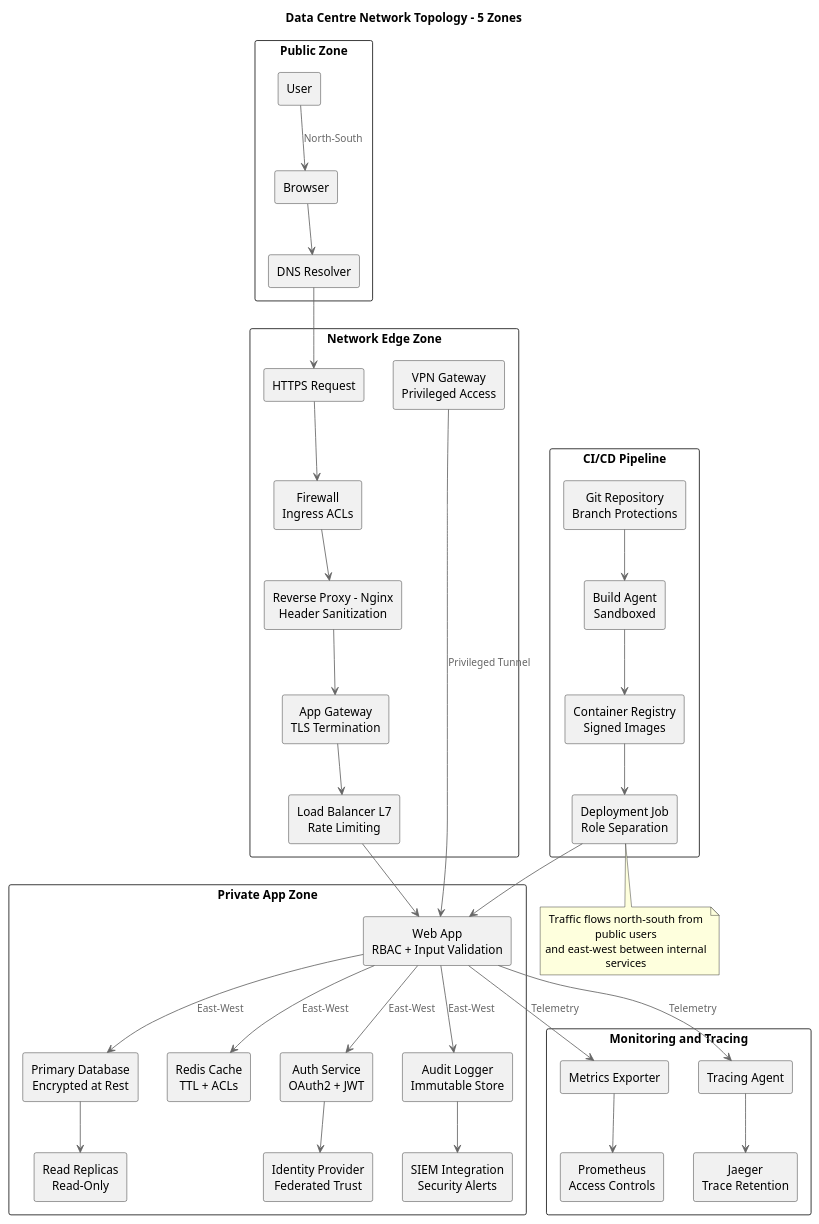
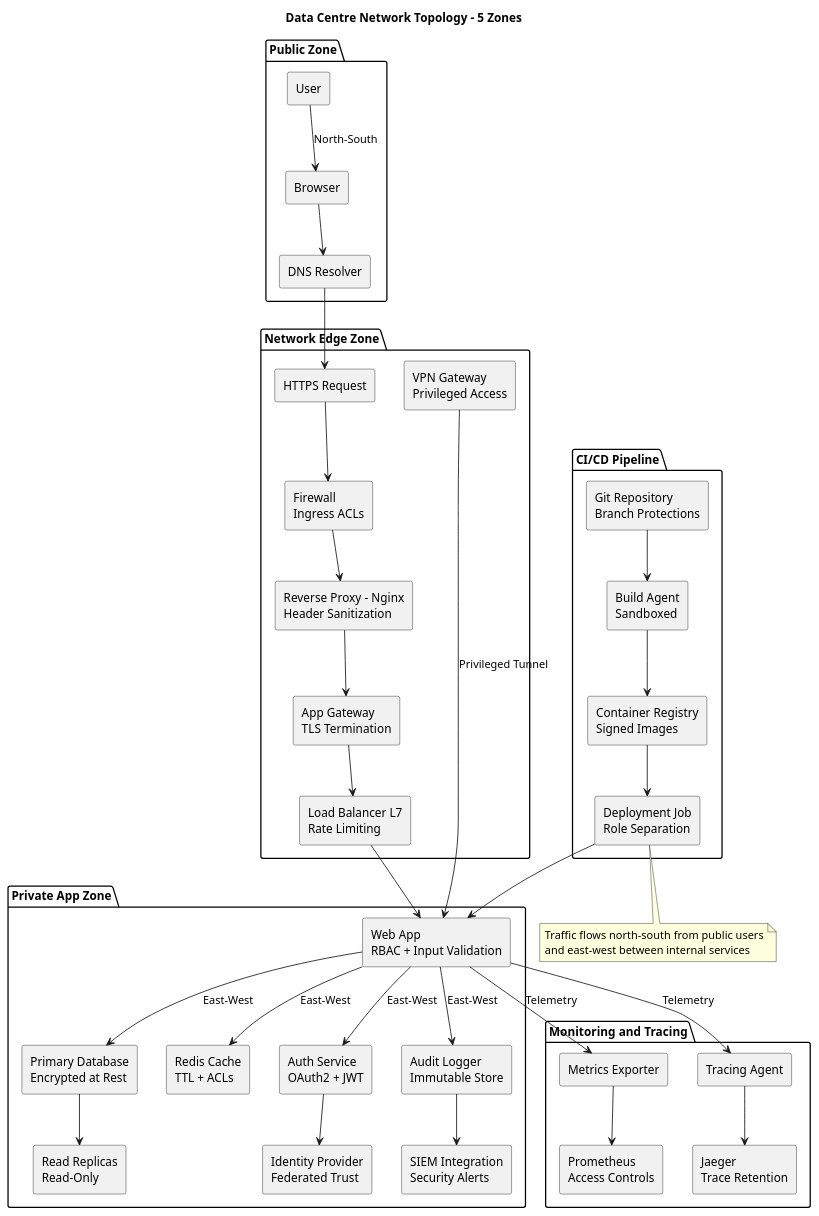
One commit to cassmastern/lers-sandbox changed the fourth of 4 diagrams in docs/sec__sandbox/dia-plantuml.md. Above: the diagram before and after it, drawn with PlantUML.

Commit message:
removed problematic include statement from plantUML diagram

````diff
--- a/docs/sec__sandbox/dia-plantuml.md
+++ b/docs/sec__sandbox/dia-plantuml.md
@@ -82,84 +82,82 @@
 ```puml
-    @startuml
-    !include <C4/C4_Container>
+@startuml
+title Data Centre Network Topology - 5 Zones
 
-    title Data Centre Network Topology - 5 Zones
+package "Public Zone" {
+  rectangle "User" as A
+  rectangle "Browser" as B
+  rectangle "DNS Resolver" as C
+}
 
-    rectangle "Public Zone" {
-    rectangle "User" as A
-    rectangle "Browser" as B  
-    rectangle "DNS Resolver" as C
-    }
+package "Network Edge Zone" {
+  rectangle "HTTPS Request" as D
+  rectangle "Firewall\nIngress ACLs" as E
+  rectangle "Reverse Proxy - Nginx\nHeader Sanitization" as F
+  rectangle "App Gateway\nTLS Termination" as G
+  rectangle "Load Balancer L7\nRate Limiting" as LB
+  rectangle "VPN Gateway\nPrivileged Access" as VPN
+}
 
-    rectangle "Network Edge Zone" {
-    rectangle "HTTPS Request" as D
-    rectangle "Firewall\nIngress ACLs" as E
-    rectangle "Reverse Proxy - Nginx\nHeader Sanitization" as F
-    rectangle "App Gateway\nTLS Termination" as G
-    rectangle "Load Balancer L7\nRate Limiting" as LB
-    rectangle "VPN Gateway\nPrivileged Access" as VPN
-    }
+package "Private App Zone" {
+  rectangle "Web App\nRBAC + Input Validation" as WA
+  rectangle "Primary Database\nEncrypted at Rest" as DB
+  rectangle "Redis Cache\nTTL + ACLs" as Cache
+  rectangle "Auth Service\nOAuth2 + JWT" as Auth
+  rectangle "Audit Logger\nImmutable Store" as Audit
+  rectangle "Read Replicas\nRead-Only" as Replicas
+  rectangle "Identity Provider\nFederated Trust" as IdP
+  rectangle "SIEM Integration\nSecurity Alerts" as SIEM
+}
 
-    rectangle "Private App Zone" {
-    rectangle "Web App\nRBAC + Input Validation" as WA
-    rectangle "Primary Database\nEncrypted at Rest" as DB
-    rectangle "Redis Cache\nTTL + ACLs" as Cache
-    rectangle "Auth Service\nOAuth2 + JWT" as Auth
-    rectangle "Audit Logger\nImmutable Store" as Audit
-    rectangle "Read Replicas\nRead-Only" as Replicas
-    rectangle "Identity Provider\nFederated Trust" as IdP
-    rectangle "SIEM Integration\nSecurity Alerts" as SIEM
-    }
+package "Monitoring and Tracing" {
+  rectangle "Metrics Exporter" as Metrics
+  rectangle "Tracing Agent" as Traces
+  rectangle "Prometheus\nAccess Controls" as Prometheus
+  rectangle "Jaeger\nTrace Retention" as Jaeger
+}
 
-    rectangle "Monitoring and Tracing" {
-    rectangle "Metrics Exporter" as Metrics
-    rectangle "Tracing Agent" as Traces
-    rectangle "Prometheus\nAccess Controls" as Prometheus
-    rectangle "Jaeger\nTrace Retention" as Jaeger
-    }
+package "CI/CD Pipeline" {
+  rectangle "Git Repository\nBranch Protections" as Git
+  rectangle "Build Agent\nSandboxed" as Runner
+  rectangle "Container Registry\nSigned Images" as Registry
+  rectangle "Deployment Job\nRole Separation" as Deploy
+}
 
-    rectangle "CI/CD Pipeline" {
-    rectangle "Git Repository\nBranch Protections" as Git
-    rectangle "Build Agent\nSandboxed" as Runner
-    rectangle "Container Registry\nSigned Images" as Registry
-    rectangle "Deployment Job\nRole Separation" as Deploy
-    }
+' North-South Traffic Flow
+A --> B : North-South
+B --> C
+C --> D
+D --> E
+E --> F
+F --> G
+G --> LB
+LB --> WA
 
-    ' North-South Traffic Flow
-    A --> B : North-South
-    B --> C
-    C --> D
-    D --> E
-    E --> F
-    F --> G
-    G --> LB
-    LB --> WA
+' Privileged Access
+VPN --> WA : Privileged Tunnel
 
-    ' Privileged Access
-    VPN --> WA : Privileged Tunnel
+' East-West Traffic Flow
+WA --> DB : East-West
+DB --> Replicas
+WA --> Cache : East-West
+WA --> Auth : East-West
+Auth --> IdP
+WA --> Audit : East-West
+Audit --> SIEM
 
-    ' East-West Traffic Flow
-    WA --> DB : East-West
-    DB --> Replicas
-    WA --> Cache : East-West
-    WA --> Auth : East-West
-    Auth --> IdP
-    WA --> Audit : East-West
-    Audit --> SIEM
+' Telemetry
+WA --> Metrics : Telemetry
+Metrics --> Prometheus
+WA --> Traces : Telemetry
+Traces --> Jaeger
 
-    ' Telemetry
-    WA --> Metrics : Telemetry
-    Metrics --> Prometheus
-    WA --> Traces : Telemetry
-    Traces --> Jaeger
+' CI/CD Integration
+Git --> Runner
+Runner --> Registry
+Registry --> Deploy
+Deploy --> WA
 
-    ' CI/CD Integration
-    Git --> Runner
-    Runner --> Registry
-    Registry --> Deploy
-    Deploy --> WA
+note bottom : Traffic flows north-south from public users\nand east-west between internal services
 
-    note bottom : Traffic flows north-south from public users\nand east-west between internal services
-
-    @enduml
+@enduml
 ```
````
